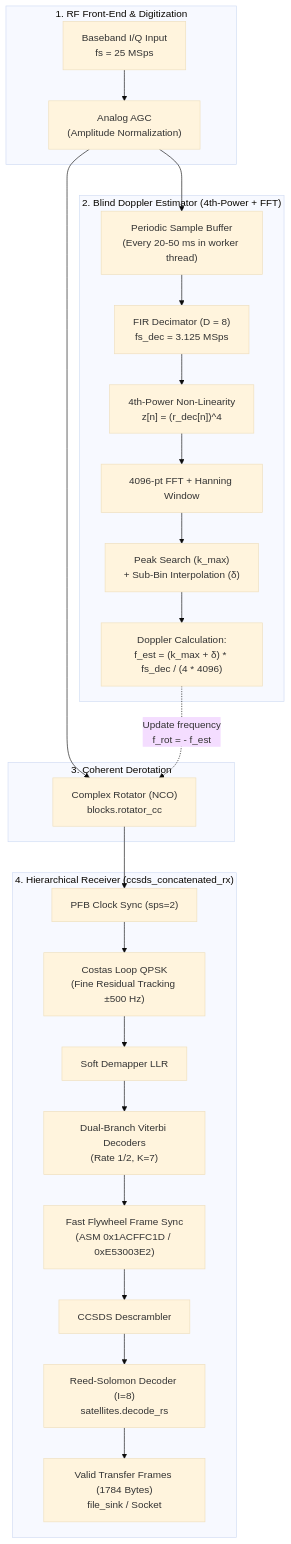
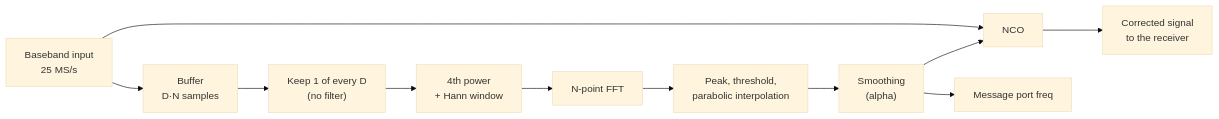
The diagram in docs/Blind_Doppler_Estimation_Mth_Power_FFT_CCSDS.md (DANIEL-PEREIRA-RIQUELME/sdr-xband-ccsds-transceiver), drawn with Mermaid (base theme) before and after one commit. The commit also changed other lines of this file and 13 other files, not shown here.

````diff
--- a/docs/Blind_Doppler_Estimation_Mth_Power_FFT_CCSDS.md
+++ b/docs/Blind_Doppler_Estimation_Mth_Power_FFT_CCSDS.md
@@ -144,31 +107,13 @@
 ```mermaid
-flowchart TD
-    subgraph RF_Stage["1. RF Front-End & Digitization"]
-        RF_IN["Baseband I/Q Input<br/>fs = 25 MSps"] --> AGC["Analog AGC<br/>(Amplitude Normalization)"]
-    end
-
-    subgraph Blind_Estimator["2. Blind Doppler Estimator (4th-Power + FFT)"]
-        AGC --> BUF["Periodic Sample Buffer<br/>(Every 20-50 ms in worker thread)"]
-        BUF --> DECIM["FIR Decimator (D = 8)<br/>fs_dec = 3.125 MSps"]
-        DECIM --> POW4["4th-Power Non-Linearity<br/>z[n] = (r_dec[n])^4"]
-        POW4 --> FFT["4096-pt FFT + Hanning Window"]
-        FFT --> PEAK["Peak Search (k_max)<br/>+ Sub-Bin Interpolation (δ)"]
-        PEAK --> CALC["Doppler Calculation:<br/>f_est = (k_max + δ) * fs_dec / (4 * 4096)"]
-    end
-
-    subgraph Coarse_Correction["3. Coherent Derotation"]
-        AGC --> ROT["Complex Rotator (NCO)<br/>blocks.rotator_cc"]
-        CALC -.->|"Update frequency<br/>f_rot = - f_est"| ROT
-    end
-
-    subgraph Hier_Rx["4. Hierarchical Receiver (ccsds_concatenated_rx)"]
-        ROT --> PFB["PFB Clock Sync (sps=2)"]
-        PFB --> COSTAS["Costas Loop QPSK<br/>(Fine Residual Tracking ±500 Hz)"]
-        COSTAS --> SOFT["Soft Demapper LLR"]
-        SOFT --> VIT["Dual-Branch Viterbi Decoders<br/>(Rate 1/2, K=7)"]
-        VIT --> SYNC["Fast Flywheel Frame Sync<br/>(ASM 0x1ACFFC1D / 0xE53003E2)"]
-        SYNC --> DESCRAM["CCSDS Descrambler"]
-        DESCRAM --> RS["Reed-Solomon Decoder (I=8)<br/>satellites.decode_rs"]
-        RS --> SINK["Valid Transfer Frames (1784 Bytes)<br/>file_sink / Socket"]
-    end
+flowchart LR
+    IN["Baseband input<br/>25 MS/s"] --> BUF["Buffer<br/>D·N samples"]
+    BUF --> DEC["Keep 1 of every D<br/>(no filter)"]
+    DEC --> POW["4th power<br/>+ Hann window"]
+    POW --> FFT["N-point FFT"]
+    FFT --> PEAK["Peak, threshold,<br/>parabolic interpolation"]
+    PEAK --> SMOOTH["Smoothing<br/>(alpha)"]
+    SMOOTH --> NCO["NCO"]
+    IN --> NCO
+    NCO --> OUT["Corrected signal<br/>to the receiver"]
+    SMOOTH --> MSG["Message port freq"]
 ```
````
